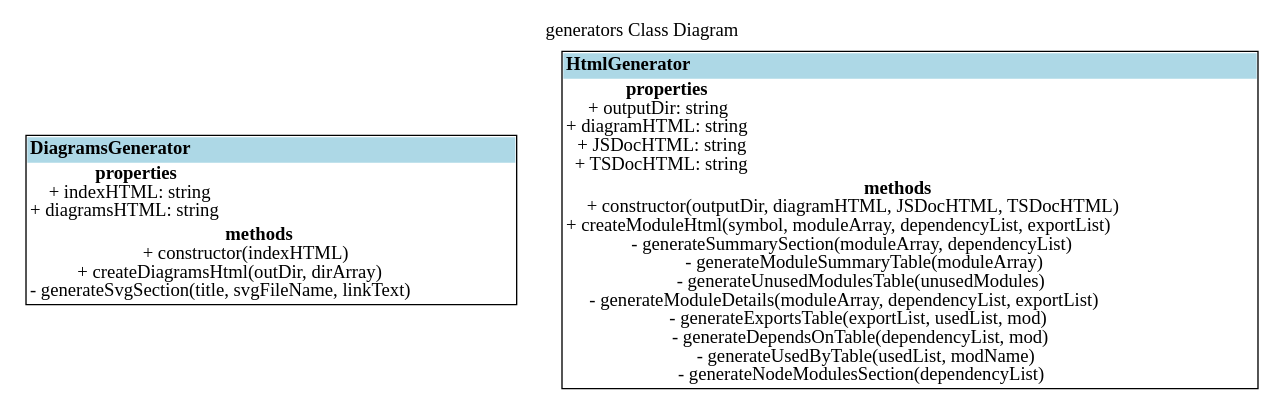
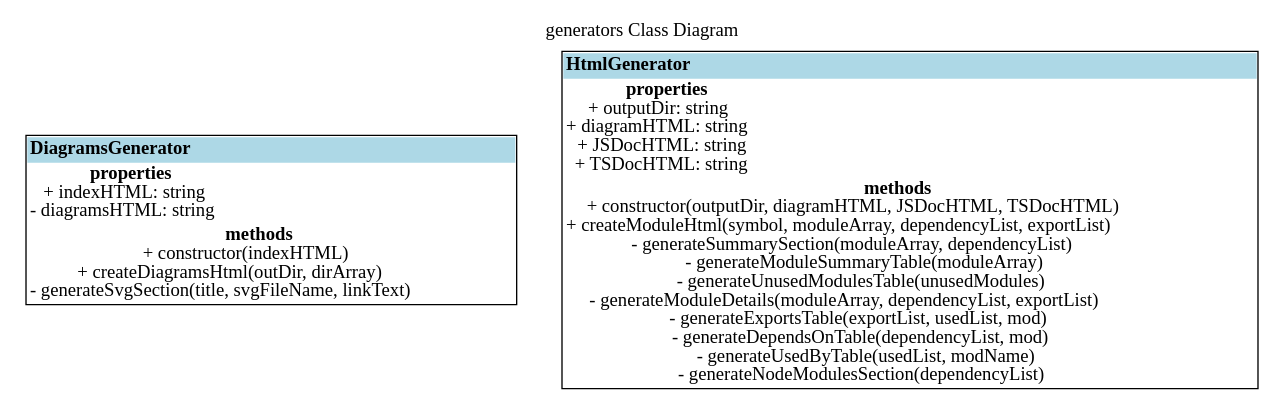
Before and after one commit to fleebe/GitHubPages: the diagram in dep-graph-ts/generators/ClassDiagram.dot, drawn with Graphviz. The commit also changed 97 other files, not shown here.

Commit message:
Update docs for dep-graph-ts from fleebe/dep-graph-ts workflow

```diff
--- a/dep-graph-ts/generators/ClassDiagram.dot
+++ b/dep-graph-ts/generators/ClassDiagram.dot
@@ -1,38 +1,38 @@
 digraph {label="generators Class Diagram";
 labelloc="t";
 "DiagramsGenerator" [shape=none, label=<<TABLE cellspacing="0" cellborder="0" align="left">
 <TR><TD align="left" bgcolor="lightblue"><B>DiagramsGenerator</B></TD></TR>
 <TR><TD align="left"><B>properties</B><BR/>
 + indexHTML: string<BR/>
-+ diagramsHTML: string<BR/>
+- diagramsHTML: string<BR/>
 </TD></TR>
 <TR><TD align="left"><B>methods</B><BR/>
 + constructor(indexHTML)<BR/>
 + createDiagramsHtml(outDir, dirArray)<BR/>
 - generateSvgSection(title, svgFileName, linkText)<BR/>
 </TD></TR>
 </TABLE>>];
 
 "HtmlGenerator" [shape=none, label=<<TABLE cellspacing="0" cellborder="0" align="left">
 <TR><TD align="left" bgcolor="lightblue"><B>HtmlGenerator</B></TD></TR>
 <TR><TD align="left"><B>properties</B><BR/>
 + outputDir: string<BR/>
 + diagramHTML: string<BR/>
 + JSDocHTML: string<BR/>
 + TSDocHTML: string<BR/>
 </TD></TR>
 <TR><TD align="left"><B>methods</B><BR/>
 + constructor(outputDir, diagramHTML, JSDocHTML, TSDocHTML)<BR/>
 + createModuleHtml(symbol, moduleArray, dependencyList, exportList)<BR/>
 - generateSummarySection(moduleArray, dependencyList)<BR/>
 - generateModuleSummaryTable(moduleArray)<BR/>
 - generateUnusedModulesTable(unusedModules)<BR/>
 - generateModuleDetails(moduleArray, dependencyList, exportList)<BR/>
 - generateExportsTable(exportList, usedList, mod)<BR/>
 - generateDependsOnTable(dependencyList, mod)<BR/>
 - generateUsedByTable(usedList, modName)<BR/>
 - generateNodeModulesSection(dependencyList)<BR/>
 </TD></TR>
 </TABLE>>];
 
 }
```
